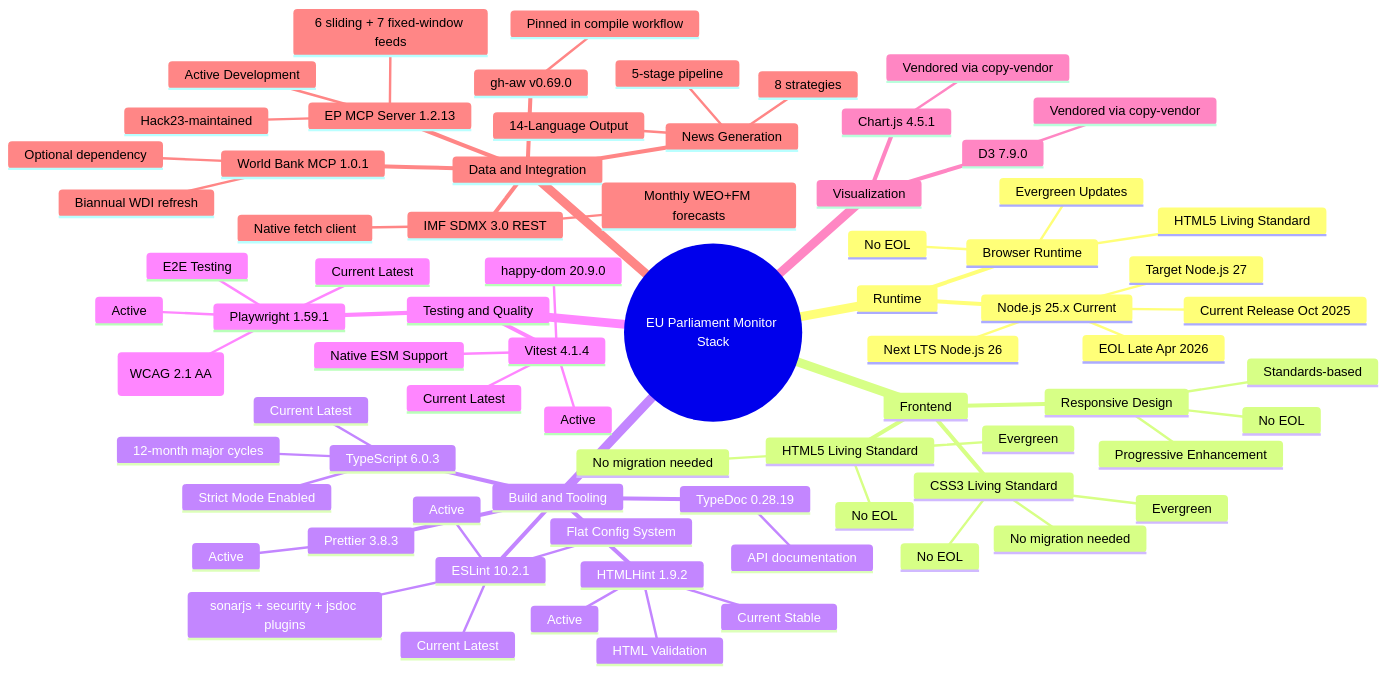
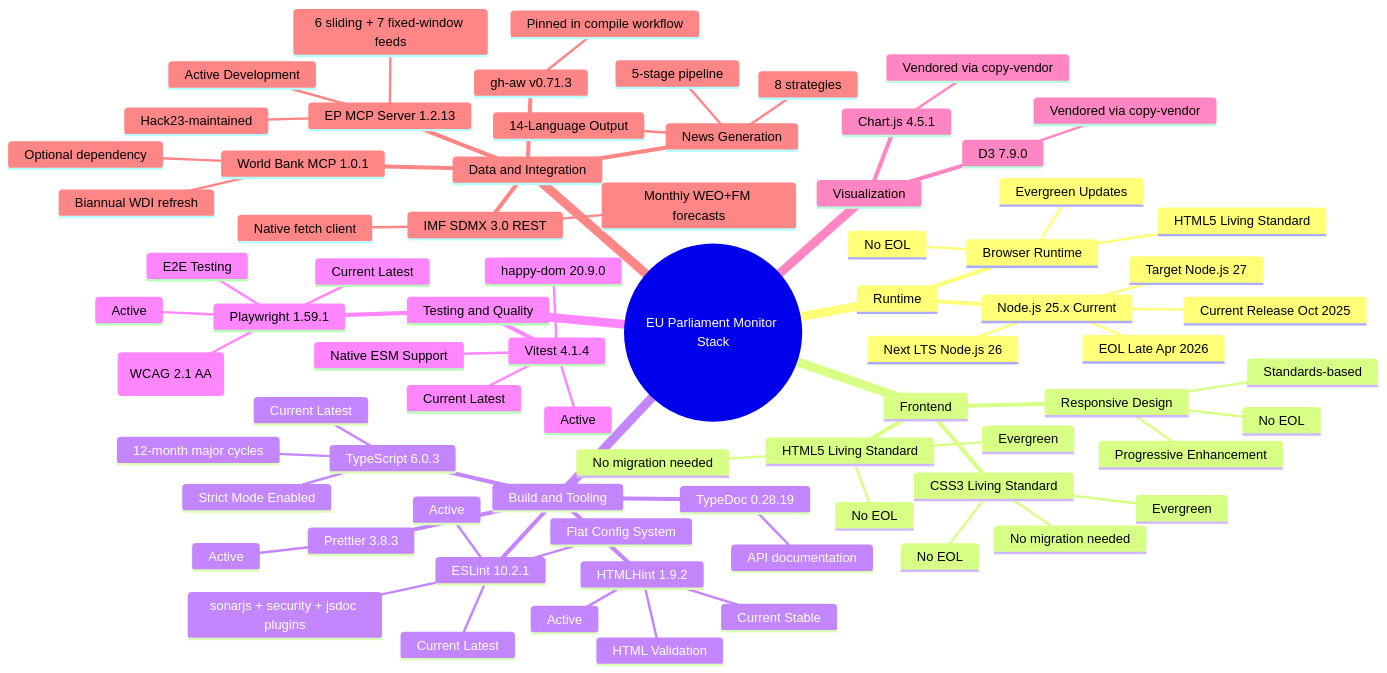
One commit to Hack23/euparliamentmonitor changed the first of 6 diagrams in End-of-Life-Strategy.md. Above: the diagram before and after it, drawn with Mermaid. The commit also changed other lines of this file and 13 other files, not shown here.

````diff
--- a/End-of-Life-Strategy.md
+++ b/End-of-Life-Strategy.md
@@ -88,78 +88,78 @@
 ```mermaid
 mindmap
   root((EU Parliament Monitor Stack))
     Runtime
       Node.js 25.x Current
         Current Release Oct 2025
         EOL Late Apr 2026
         Next LTS Node.js 26
         Target Node.js 27
       Browser Runtime
         Evergreen Updates
         No EOL
         HTML5 Living Standard
     Frontend
       HTML5 Living Standard
         Evergreen
         No EOL
         No migration needed
       CSS3 Living Standard
         Evergreen
         No EOL
         No migration needed
       Responsive Design
         Standards-based
         No EOL
         Progressive Enhancement
     Build and Tooling
       TypeScript 6.0.3
         Current Latest
         12-month major cycles
         Strict Mode Enabled
       ESLint 10.2.1
         Current Latest
         Active
         Flat Config System
         sonarjs + security + jsdoc plugins
       HTMLHint 1.9.2
         Current Stable
         Active
         HTML Validation
       Prettier 3.8.3
         Active
       TypeDoc 0.28.19
         API documentation
     Testing and Quality
       Vitest 4.1.4
         Current Latest
         Active
         Native ESM Support
         happy-dom 20.9.0
       Playwright 1.59.1
         Current Latest
         Active
         E2E Testing
         axe-core 4.11.2 (WCAG 2.1 AA)
     Visualization
       Chart.js 4.5.1
         Vendored via copy-vendor
       D3 7.9.0
         Vendored via copy-vendor
     Data and Integration
       EP MCP Server 1.2.13
         Active Development
         Hack23-maintained
         6 sliding + 7 fixed-window feeds
       World Bank MCP 1.0.1
         Optional dependency
         Biannual WDI refresh
       IMF SDMX 3.0 REST
         Native fetch client
         Monthly WEO+FM forecasts
-      gh-aw v0.69.0
+      gh-aw v0.71.3
         Pinned in compile workflow
       News Generation
         5-stage pipeline
         8 strategies
         14-Language Output
 ```
````
